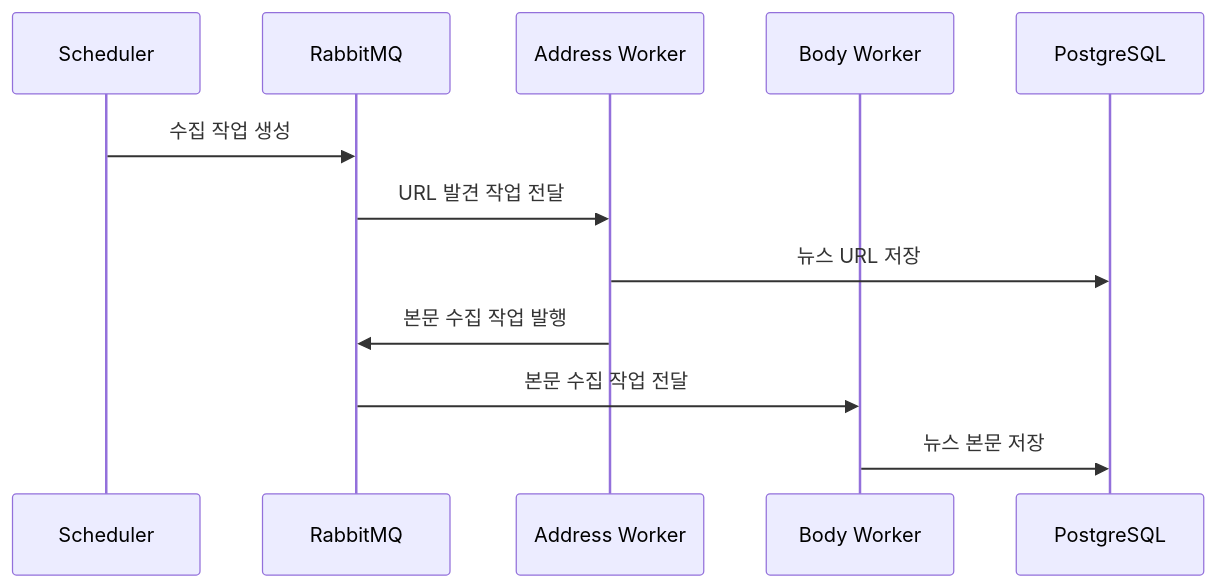
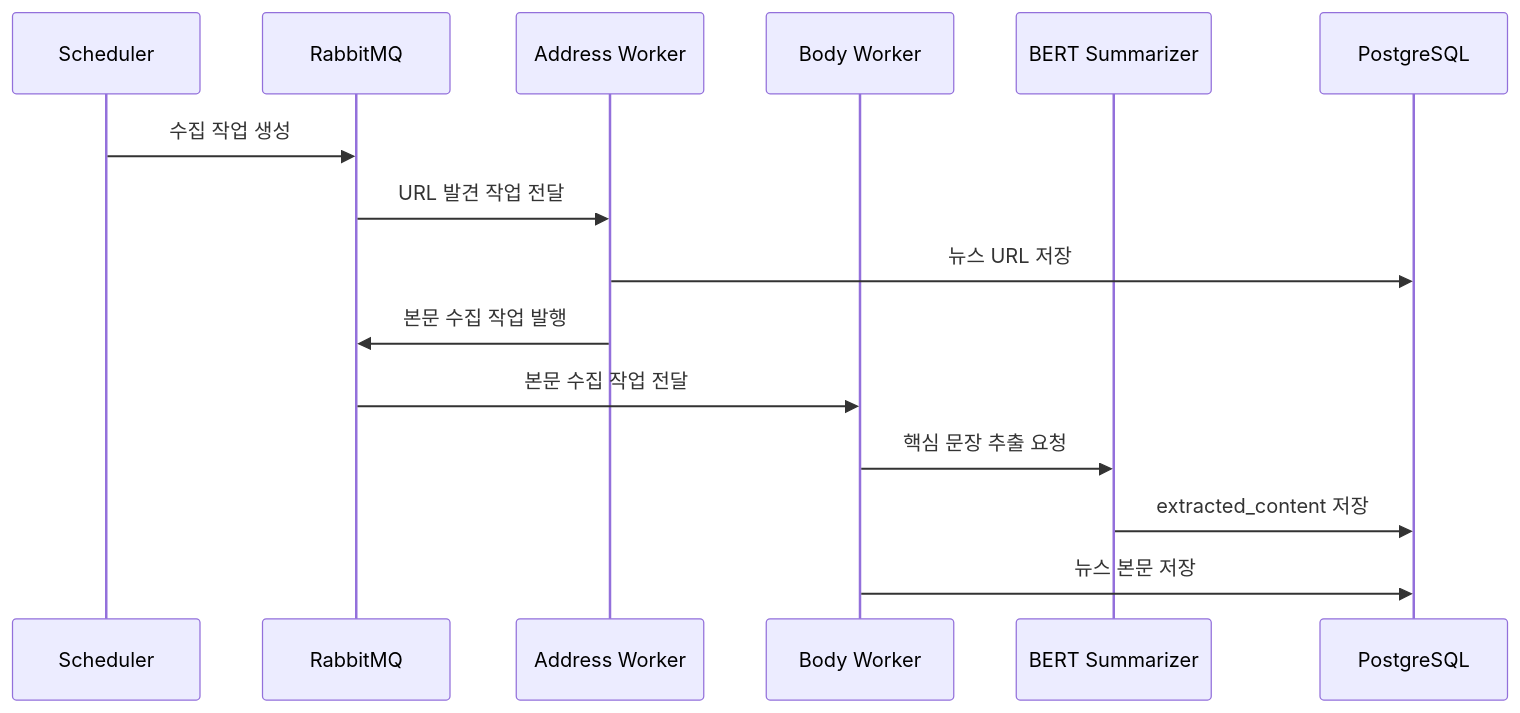
One commit to silverwoods-dev/N-SentiTrader changed the third of 4 diagrams in README.md. Above: the diagram before and after it, drawn with Mermaid. The commit also changed other lines of this file, not shown here.

Commit message:
feat: add ignore rules for monitoring, Gemini, and ML caches, and update README content

````diff
--- a/README.md
+++ b/README.md
@@ -125,15 +178,18 @@
 ```mermaid
 sequenceDiagram
     participant S as Scheduler
     participant Q as RabbitMQ
-    participant W as Address Worker
-    participant B as Body Worker
+    participant AW as Address Worker
+    participant BW as Body Worker
+    participant BERT as BERT Summarizer
     participant DB as PostgreSQL
     
     S->>Q: 수집 작업 생성
-    Q->>W: URL 발견 작업 전달
-    W->>DB: 뉴스 URL 저장
-    W->>Q: 본문 수집 작업 발행
-    Q->>B: 본문 수집 작업 전달
-    B->>DB: 뉴스 본문 저장
+    Q->>AW: URL 발견 작업 전달
+    AW->>DB: 뉴스 URL 저장
+    AW->>Q: 본문 수집 작업 발행
+    Q->>BW: 본문 수집 작업 전달
+    BW->>BERT: 핵심 문장 추출 요청
+    BERT->>DB: extracted_content 저장
+    BW->>DB: 뉴스 본문 저장
 ```
````
